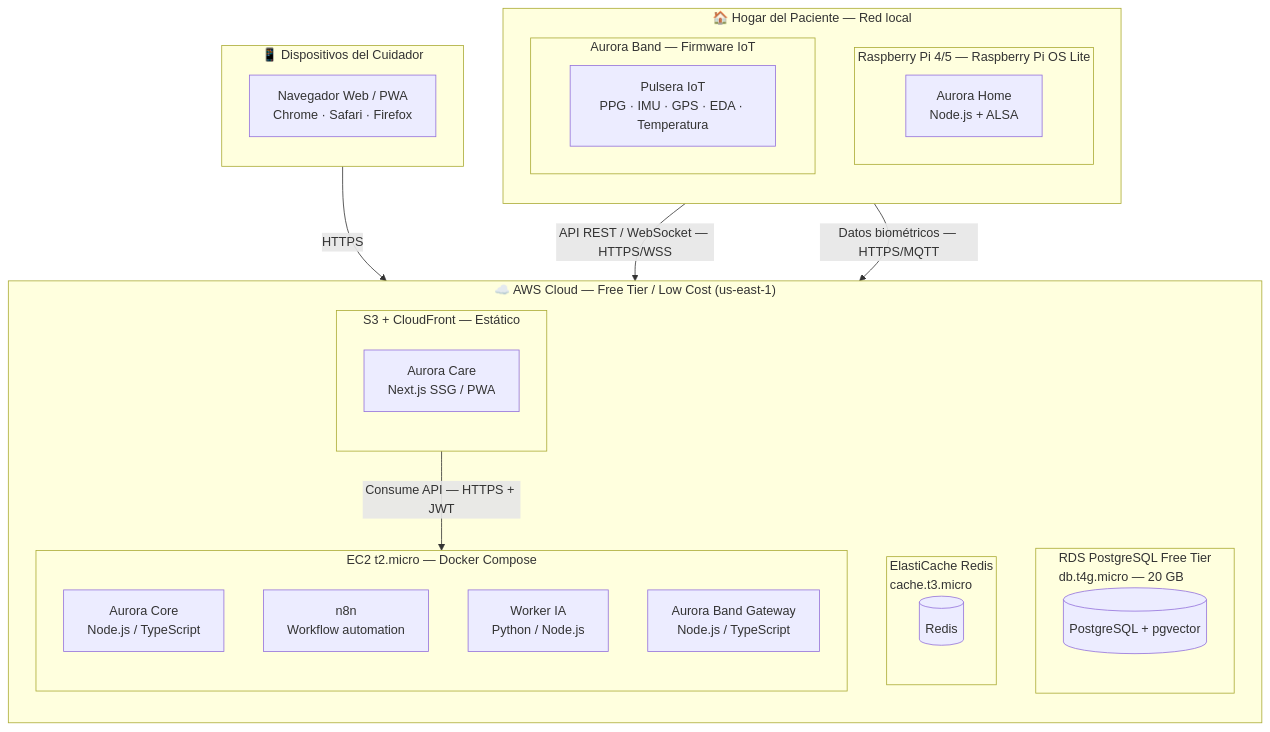
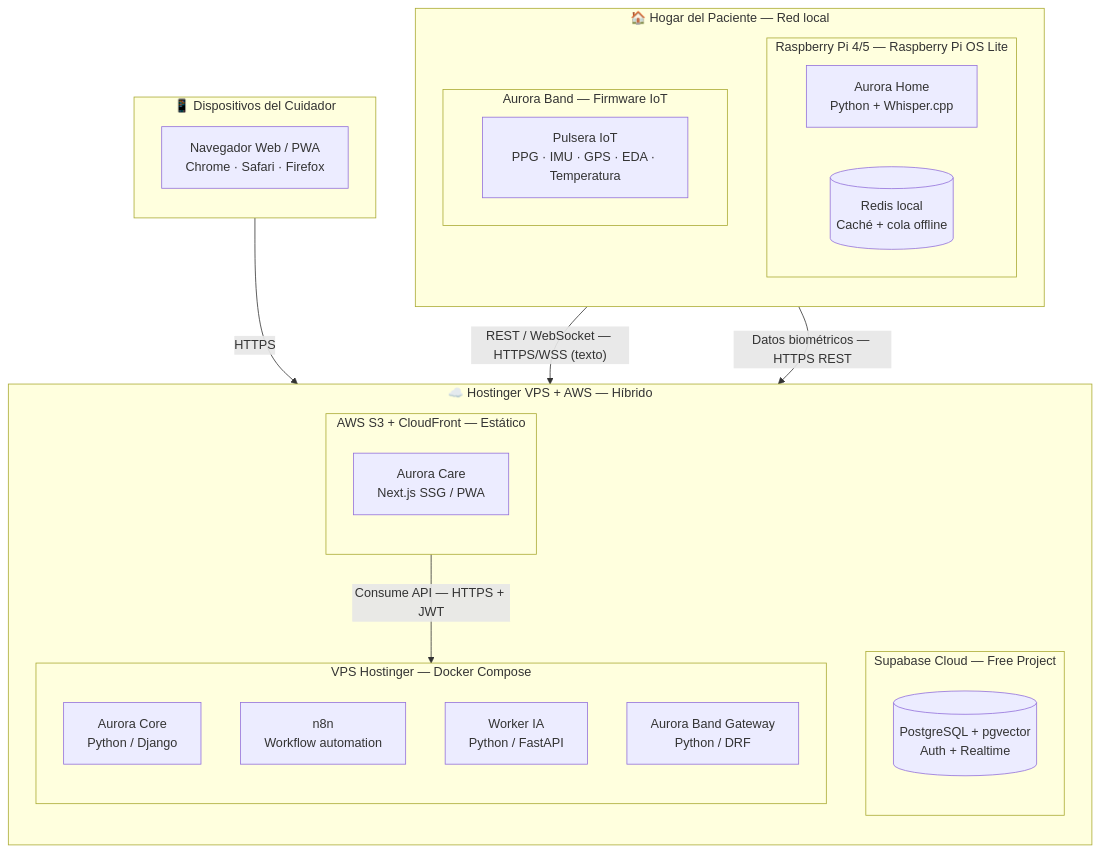
Before and after one commit to NicolasRodeyro/ObsidianAurora: the third of 3 diagrams in Document Hub/Arquitectura y Stack Tecnológico.md, drawn with Mermaid. The commit also changed other lines of this file and 3 other files, not shown here.

````diff
--- a/Document Hub/Arquitectura y Stack Tecnológico.md
+++ b/Document Hub/Arquitectura y Stack Tecnológico.md
@@ -187,52 +182,48 @@
 ```mermaid
 flowchart TB
 
-    subgraph cloud["☁️ AWS Cloud — Free Tier / Low Cost (us-east-1)"]
+    subgraph cloud["☁️ Hostinger VPS + AWS — Híbrido"]
         direction TB
 
-        subgraph ec2["EC2 t2.micro — Docker Compose"]
+        subgraph vps["VPS Hostinger — Docker Compose"]
             direction TB
-            aurora_core_d["Aurora Core\nNode.js / TypeScript"]
-            n8n_d["n8n\nWorkflow automation"]
-            worker_ia_d["Worker IA\nPython / Node.js"]
-            aurora_band_d["Aurora Band Gateway\nNode.js / TypeScript"]
+            aurora_core_d["Aurora Core<br/>Python / Django"]
+            n8n_d["n8n<br/>Workflow automation"]
+            worker_ia_d["Worker IA<br/>Python / FastAPI"]
+            aurora_band_d["Aurora Band Gateway<br/>Python / DRF"]
         end
 
-        subgraph rds["RDS PostgreSQL Free Tier\ndb.t4g.micro — 20 GB"]
+        subgraph supabase_cloud["Supabase Cloud — Free Project"]
             direction TB
-            postgres_d[("PostgreSQL + pgvector")]
+            supabase_d[("PostgreSQL + pgvector<br/>Auth + Realtime")]
         end
 
-        subgraph elasticache["ElastiCache Redis\ncache.t3.micro"]
+        subgraph s3["AWS S3 + CloudFront — Estático"]
             direction TB
-            redis_d[("Redis")]
-        end
-
-        subgraph s3["S3 + CloudFront — Estático"]
-            direction TB
-            aurora_care_d["Aurora Care\nNext.js SSG / PWA"]
+            aurora_care_d["Aurora Care<br/>Next.js SSG / PWA"]
         end
     end
 
     subgraph home["🏠 Hogar del Paciente — Red local"]
         direction TB
 
         subgraph rpi["Raspberry Pi 4/5 — Raspberry Pi OS Lite"]
-            aurora_home_d["Aurora Home\nNode.js + ALSA"]
+            aurora_home_d["Aurora Home<br/>Python + Whisper.cpp"]
+            redis_rpi[("Redis local<br/>Caché + cola offline")]
         end
 
         subgraph band["Aurora Band — Firmware IoT"]
-            aurora_band_device["Pulsera IoT\nPPG · IMU · GPS · EDA · Temperatura"]
+            aurora_band_device["Pulsera IoT<br/>PPG · IMU · GPS · EDA · Temperatura"]
         end
     end
 
     subgraph cg_devices["📱 Dispositivos del Cuidador"]
         direction TB
-        browser["Navegador Web / PWA\nChrome · Safari · Firefox"]
+        browser["Navegador Web / PWA<br/>Chrome · Safari · Firefox"]
     end
 
-    rpi -->|"API REST / WebSocket — HTTPS/WSS"| ec2
-    band -->|"Datos biométricos — HTTPS/MQTT"| ec2
+    rpi -->|"REST / WebSocket — HTTPS/WSS (texto)"| vps
+    band -->|"Datos biométricos — HTTPS REST"| vps
     browser -->|"HTTPS"| s3
-    s3 -->|"Consume API — HTTPS + JWT"| ec2
+    s3 -->|"Consume API — HTTPS + JWT"| vps
 ```
````
